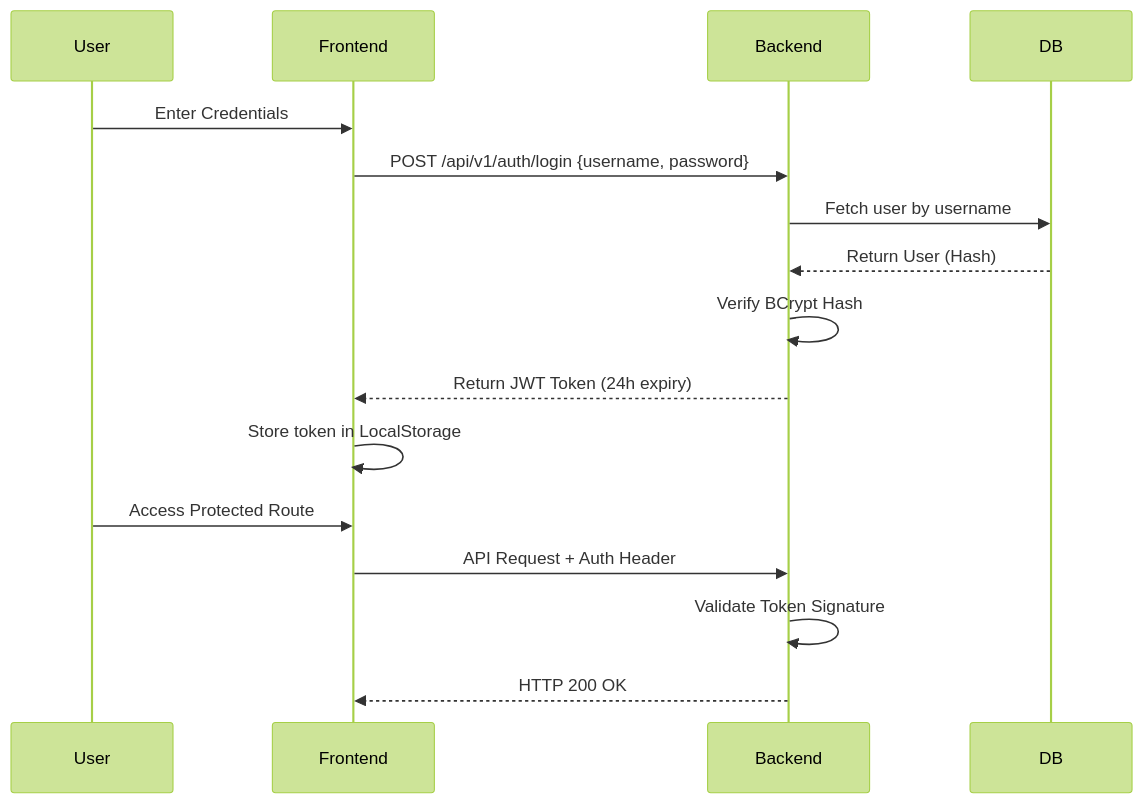
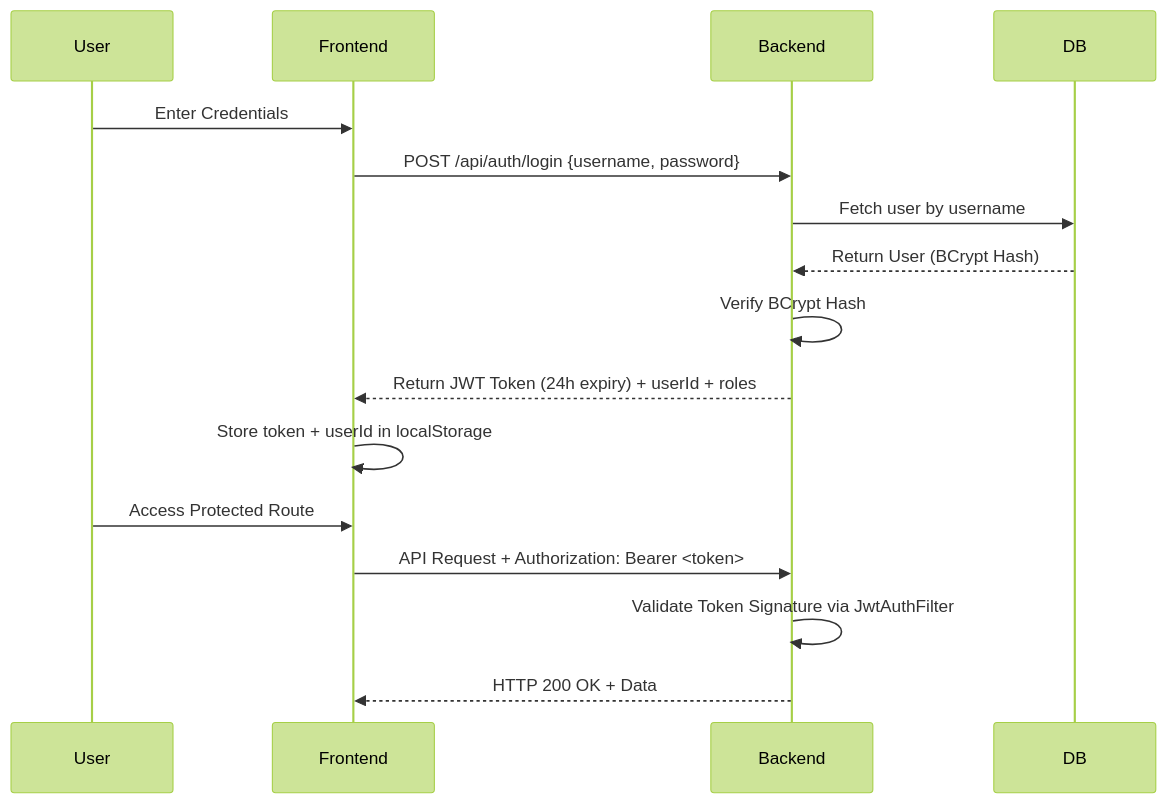
The second of 7 diagrams in docs/APP_FLOW.md (asiffmahmad/hostel-management), drawn with Mermaid (forest theme) before and after one commit. The commit also changed other lines of this file and 5 other files, not shown here.

````diff
--- a/docs/APP_FLOW.md
+++ b/docs/APP_FLOW.md
@@ -17,19 +19,19 @@
 ```mermaid
 sequenceDiagram
     participant User
     participant Frontend
     participant Backend
     participant DB
-    
+
     User->>Frontend: Enter Credentials
-    Frontend->>Backend: POST /api/v1/auth/login {username, password}
+    Frontend->>Backend: POST /api/auth/login {username, password}
     Backend->>DB: Fetch user by username
-    DB-->>Backend: Return User (Hash)
+    DB-->>Backend: Return User (BCrypt Hash)
     Backend->>Backend: Verify BCrypt Hash
-    Backend-->>Frontend: Return JWT Token (24h expiry)
-    Frontend->>Frontend: Store token in LocalStorage
+    Backend-->>Frontend: Return JWT Token (24h expiry) + userId + roles
+    Frontend->>Frontend: Store token + userId in localStorage
     User->>Frontend: Access Protected Route
-    Frontend->>Backend: API Request + Auth Header
-    Backend->>Backend: Validate Token Signature
-    Backend-->>Frontend: HTTP 200 OK
+    Frontend->>Backend: API Request + Authorization: Bearer <token>
+    Backend->>Backend: Validate Token Signature via JwtAuthFilter
+    Backend-->>Frontend: HTTP 200 OK + Data
 ```
````
